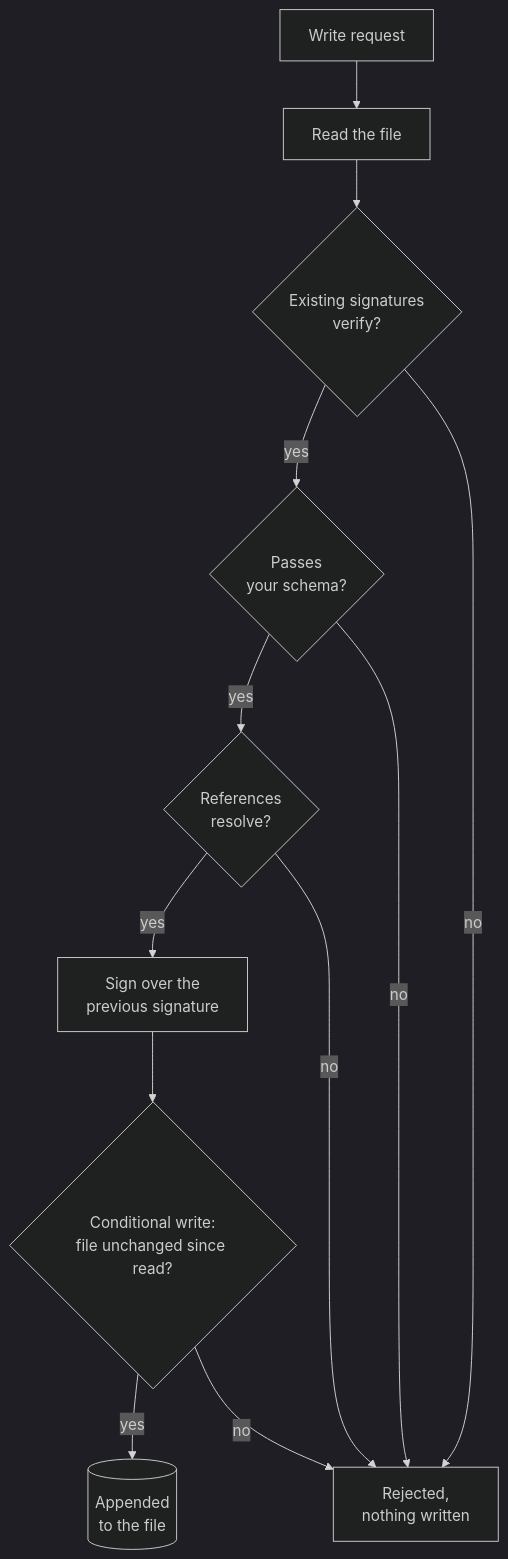
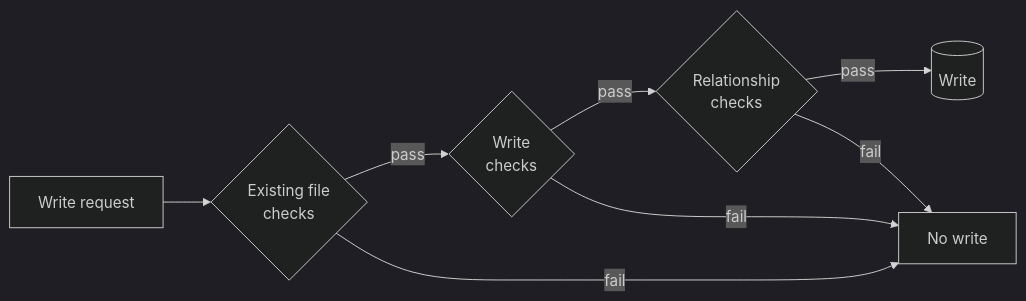
The second of 2 diagrams in README.md (bristweb/yafidb), drawn with Mermaid (dark theme) before and after one commit.

Commit message:
Simplify write flow to four stages

````diff
--- a/README.md
+++ b/README.md
@@ -74,14 +74,10 @@
 ```mermaid
-flowchart TB
-    R[Write request] --> E[Read the file]
-    E --> K{Existing signatures<br/>verify?}
-    K -->|yes| V{Passes<br/>your schema?}
-    V -->|yes| L{References<br/>resolve?}
-    L -->|yes| S[Sign over the<br/>previous signature]
-    S --> C{Conditional write:<br/>file unchanged since read?}
-    C -->|yes| F[(Appended<br/>to the file)]
-    K -->|no| X[Rejected,<br/>nothing written]
-    V -->|no| X
-    L -->|no| X
-    C -->|no| X
+flowchart LR
+    R[Write request] --> E{Existing file<br/>checks}
+    E -->|pass| W{Write<br/>checks}
+    W -->|pass| L{Relationship<br/>checks}
+    L -->|pass| F[(Write)]
+    E -->|fail| X[No write]
+    W -->|fail| X
+    L -->|fail| X
 ```
````
